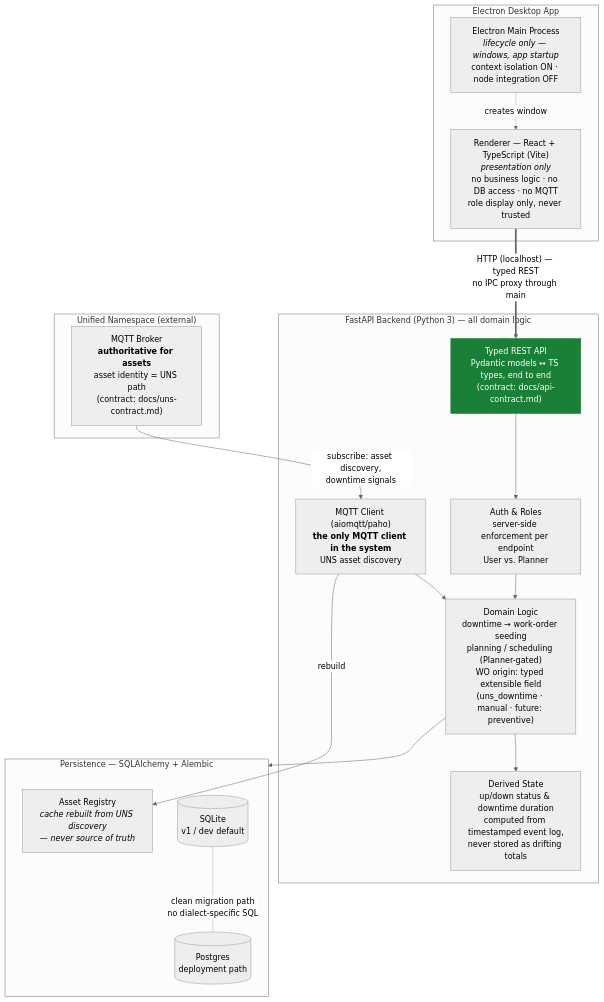
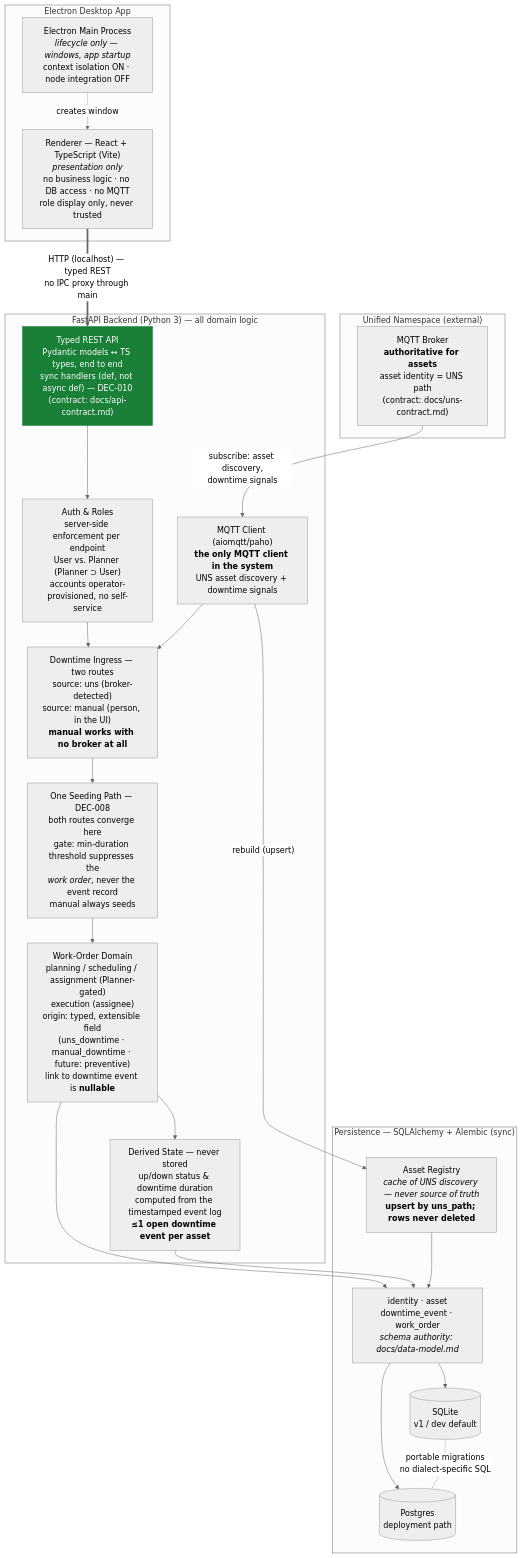
Before and after one commit to Ivandhr/agenticdevops-mini-cmms: the diagram in docs/architecture-diagram-temp.md, drawn with Mermaid (neutral theme). The commit also changed other lines of this file, not shown here.

````diff
--- a/docs/architecture-diagram-temp.md
+++ b/docs/architecture-diagram-temp.md
@@ -7,38 +13,46 @@
 ```mermaid
 flowchart TB
     subgraph desktop["Electron Desktop App"]
         main["Electron Main Process<br/><i>lifecycle only — windows, app startup</i><br/>context isolation ON · node integration OFF"]
         renderer["Renderer — React + TypeScript (Vite)<br/><i>presentation only</i><br/>no business logic · no DB access · no MQTT<br/>role display only, never trusted"]
         main -. "creates window" .-> renderer
     end
 
     subgraph backend["FastAPI Backend (Python 3) — all domain logic"]
-        api["Typed REST API<br/>Pydantic models ↔ TS types, end to end<br/>(contract: docs/api-contract.md)"]
-        auth["Auth & Roles<br/>server-side enforcement per endpoint<br/>User vs. Planner"]
-        domain["Domain Logic<br/>downtime → work-order seeding<br/>planning / scheduling (Planner-gated)<br/>WO origin: typed extensible field<br/>(uns_downtime · manual · future: preventive)"]
-        derived["Derived State<br/>up/down status & downtime duration<br/>computed from timestamped event log,<br/>never stored as drifting totals"]
-        mqtt["MQTT Client (aiomqtt/paho)<br/><b>the only MQTT client in the system</b><br/>UNS asset discovery"]
-        api --> auth --> domain
+        api["Typed REST API<br/>Pydantic models ↔ TS types, end to end<br/>sync handlers (def, not async def) — DEC-010<br/>(contract: docs/api-contract.md)"]
+        auth["Auth & Roles<br/>server-side enforcement per endpoint<br/>User vs. Planner (Planner ⊃ User)<br/>accounts operator-provisioned, no self-service"]
+        ingress["Downtime Ingress — two routes<br/>source: uns (broker-detected)<br/>source: manual (person, in the UI)<br/><b>manual works with no broker at all</b>"]
+        seeding["One Seeding Path — DEC-008<br/>both routes converge here<br/>gate: min-duration threshold suppresses the<br/><i>work order</i>, never the event record<br/>manual always seeds"]
+        domain["Work-Order Domain<br/>planning / scheduling / assignment (Planner-gated)<br/>execution (assignee)<br/>origin: typed, extensible field<br/>(uns_downtime · manual_downtime · future: preventive)<br/>link to downtime event is <b>nullable</b>"]
+        derived["Derived State — never stored<br/>up/down status & downtime duration<br/>computed from the timestamped event log<br/><b>≤1 open downtime event per asset</b>"]
+        mqtt["MQTT Client (aiomqtt/paho)<br/><b>the only MQTT client in the system</b><br/>UNS asset discovery + downtime signals"]
+        api --> auth --> ingress
+        mqtt --> ingress
+        ingress --> seeding --> domain
         domain --> derived
-        mqtt --> domain
     end
 
-    subgraph persistence["Persistence — SQLAlchemy + Alembic"]
+    subgraph persistence["Persistence — SQLAlchemy + Alembic (sync)"]
+        tables["identity · asset<br/>downtime_event · work_order<br/><i>schema authority: docs/data-model.md</i>"]
         sqlite[("SQLite<br/>v1 / dev default")]
         pg[("Postgres<br/>deployment path")]
-        cache["Asset Registry<br/><i>cache rebuilt from UNS discovery<br/>— never source of truth</i>"]
+        cache["Asset Registry<br/><i>cache of UNS discovery — never source of truth</i><br/><b>upsert by uns_path; rows never deleted</b>"]
     end
 
     subgraph uns["Unified Namespace (external)"]
         broker["MQTT Broker<br/><b>authoritative for assets</b><br/>asset identity = UNS path<br/>(contract: docs/uns-contract.md)"]
     end
 
     renderer == "HTTP (localhost) — typed REST<br/>no IPC proxy through main" ==> api
-    domain --> persistence
-    sqlite -. "clean migration path<br/>no dialect-specific SQL" .- pg
+    domain --> tables
+    derived --> tables
+    tables --> sqlite
+    tables --> pg
+    sqlite -. "portable migrations<br/>no dialect-specific SQL" .- pg
     broker -- "subscribe: asset discovery,<br/>downtime signals" --> mqtt
-    mqtt -- "rebuild" --> cache
+    mqtt -- "rebuild (upsert)" --> cache
+    cache --> tables
 
     classDef built fill:#1a7f37,color:#fff,stroke:#1a7f37
     class api built
 ```
````
